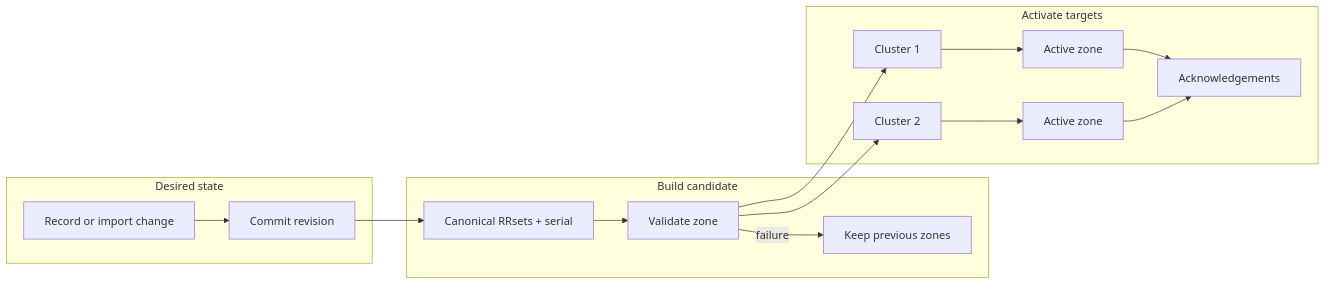
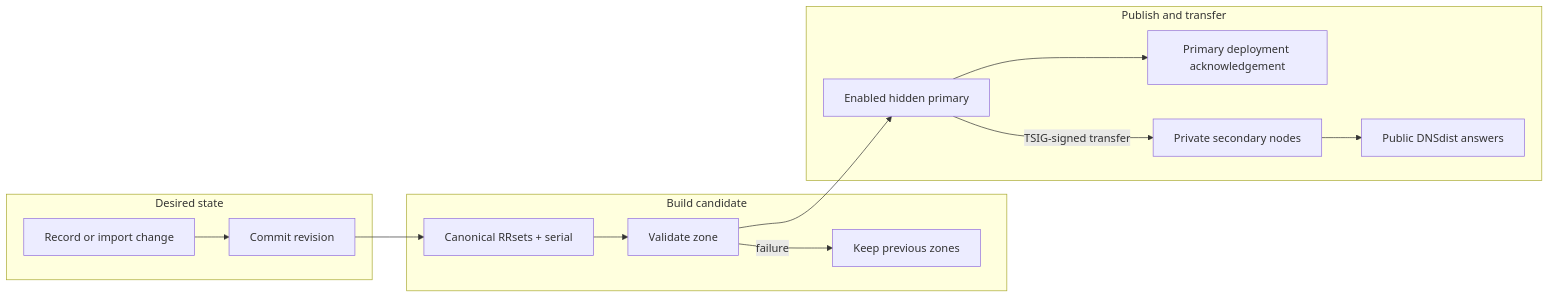
Before and after one commit to vaheed/CDNFoundry: the diagram in docs/guides/dns.md, drawn with Mermaid. The commit also changed other lines of this file and 7 other files, not shown here.

Commit message:
docs: correct DNS publication and edge request flows

````diff
--- a/docs/guides/dns.md
+++ b/docs/guides/dns.md
@@ -22,16 +24,16 @@
 ```mermaid
 flowchart LR
     subgraph Desired["Desired state"]
       Change["Record or import change"] --> Revision["Commit revision"]
     end
     subgraph Candidate["Build candidate"]
       Revision --> Render["Canonical RRsets + serial"] --> Validate["Validate zone"]
       Validate -- failure --> Preserve["Keep previous zones"]
     end
-    subgraph Activate["Activate targets"]
-      Validate --> Target1["Cluster 1"] --> Active1["Active zone"]
-      Validate --> Target2["Cluster 2"] --> Active2["Active zone"]
-      Active1 --> Receipt["Acknowledgements"]
-      Active2 --> Receipt
+    subgraph Activate["Publish and transfer"]
+      Validate --> Primary["Enabled hidden primary"]
+      Primary --> Receipt["Primary deployment acknowledgement"]
+      Primary -->|"TSIG-signed transfer"| Nodes["Private secondary nodes"]
+      Nodes --> Public["Public DNSdist answers"]
     end
 ```
````
